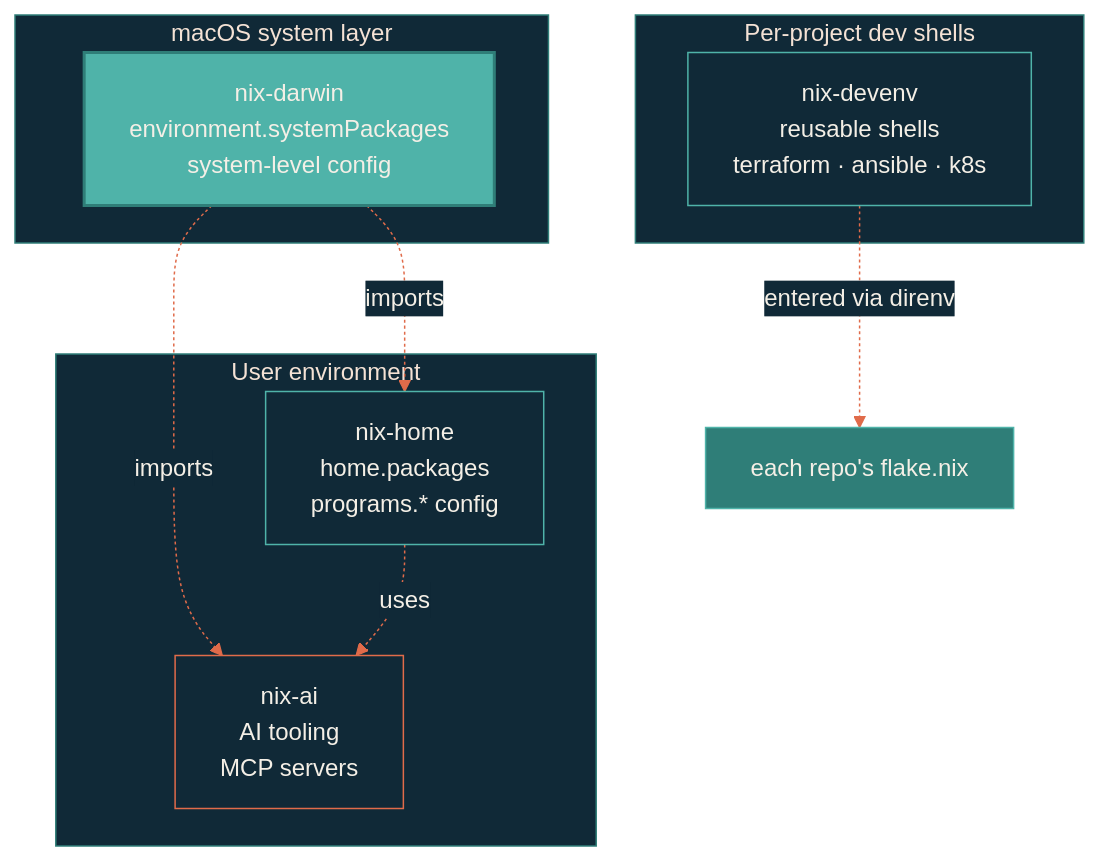
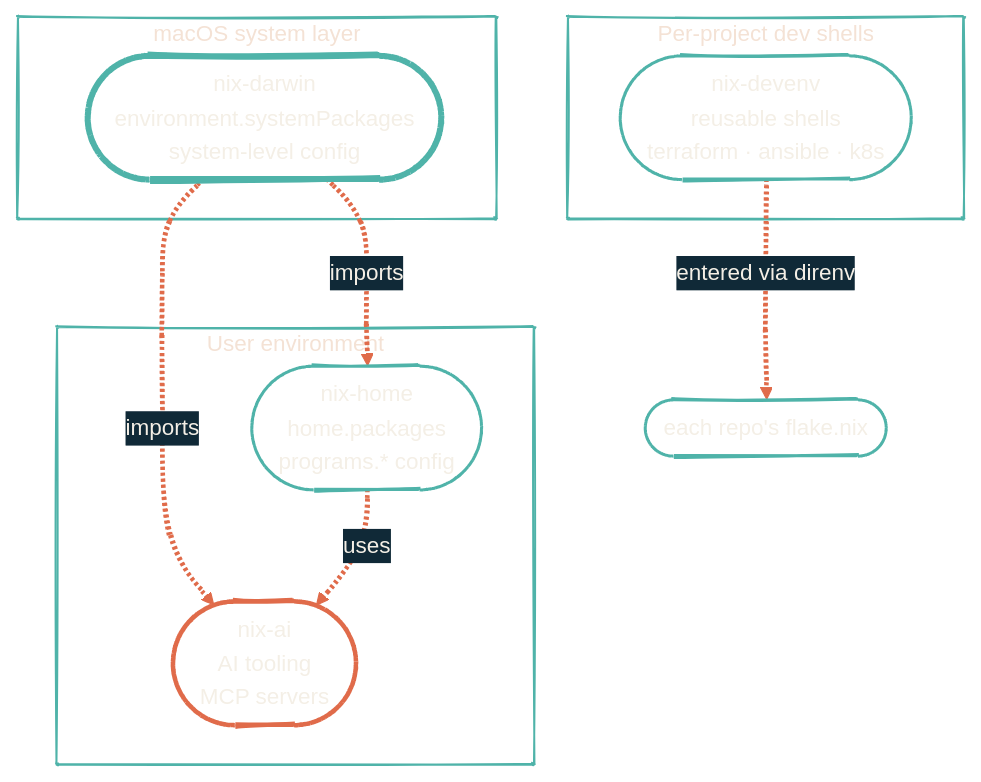
The diagram in nix/overview.mdx (dryvist/docs), drawn with Mermaid before and after one commit. The commit also changed 10 other files, not shown here.

First line of the commit message:
fix(diagrams): hand-drawn look + transparent fills across all 10 diagrams

````diff
--- a/nix/overview.mdx
+++ b/nix/overview.mdx
@@ -12,27 +12,29 @@
 ```mermaid
-%%{init: {'theme':'base','themeVariables':{'primaryColor':'#4FB3A9','primaryTextColor':'#F4EFE6','primaryBorderColor':'#2F7E78','lineColor':'#E06B4A','secondaryColor':'#102937','tertiaryColor':'#0B1D2A','clusterBkg':'#102937','clusterBorder':'#2F7E78'}}}%%
+%%{init: {'theme':'base','look':'handDrawn','themeVariables':{'primaryColor':'#4FB3A9','primaryTextColor':'#F4EFE6','primaryBorderColor':'#2F7E78','lineColor':'#E06B4A','secondaryColor':'#102937','tertiaryColor':'#0B1D2A','clusterBkg':'transparent','clusterBorder':'#4FB3A9','fontFamily':'Geist','fontSize':'15px'}}}%%
 flowchart TB
   subgraph System["macOS system layer"]
-    ND[nix-darwin<br/>environment.systemPackages<br/>system-level config]
+    ND(["nix-darwin<br/>environment.systemPackages<br/>system-level config"])
   end
 
   subgraph User["User environment"]
-    NH[nix-home<br/>home.packages<br/>programs.* config]
-    NA[nix-ai<br/>AI tooling<br/>MCP servers]
+    NH(["nix-home<br/>home.packages<br/>programs.* config"])
+    NA(["nix-ai<br/>AI tooling<br/>MCP servers"])
   end
 
   subgraph Per_Project["Per-project dev shells"]
-    NDV[nix-devenv<br/>reusable shells<br/>terraform · ansible · k8s]
+    NDV(["nix-devenv<br/>reusable shells<br/>terraform · ansible · k8s"])
   end
 
   ND -.imports.-> NH
   ND -.imports.-> NA
   NH -.uses.-> NA
-  NDV -.entered via direnv.-> Each["each repo's flake.nix"]
+  NDV -.entered via direnv.-> Each(["each repo's flake.nix"])
 
-  style ND fill:#4FB3A9,stroke:#2F7E78,stroke-width:2px,color:#F4EFE6
-  style NH fill:#102937,stroke:#4FB3A9,color:#F4EFE6
-  style NA fill:#102937,stroke:#E06B4A,color:#F4EFE6
-  style NDV fill:#102937,stroke:#4FB3A9,color:#F4EFE6
-  style Each fill:#2F7E78,stroke:#4FB3A9,color:#F4EFE6
+  style ND fill:transparent,stroke:#4FB3A9,stroke-width:4px,color:#F4EFE6
+  style NH fill:transparent,stroke:#4FB3A9,stroke-width:2px,color:#F4EFE6
+  style NA fill:transparent,stroke:#E06B4A,stroke-width:3px,color:#F4EFE6
+  style NDV fill:transparent,stroke:#4FB3A9,stroke-width:2px,color:#F4EFE6
+  style Each fill:transparent,stroke:#4FB3A9,stroke-width:2px,color:#F4EFE6
+
+  linkStyle default stroke:#E06B4A,stroke-width:3px
 ```
````
